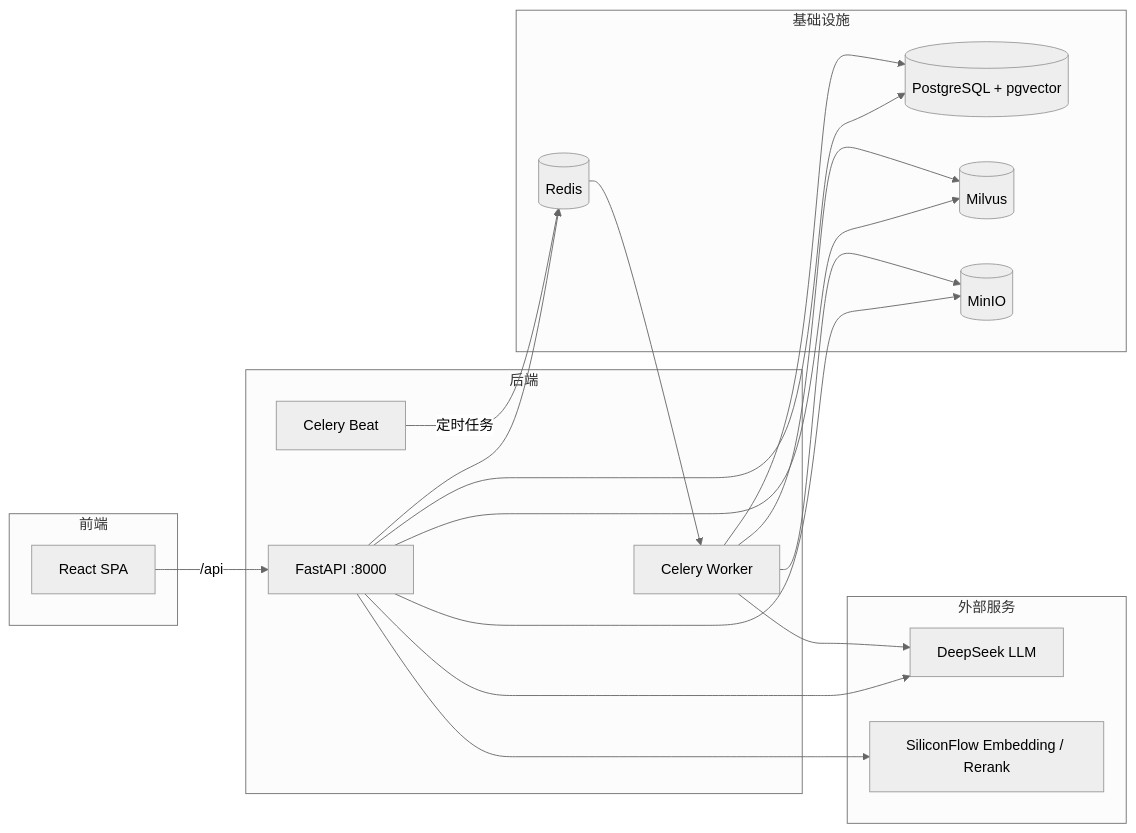
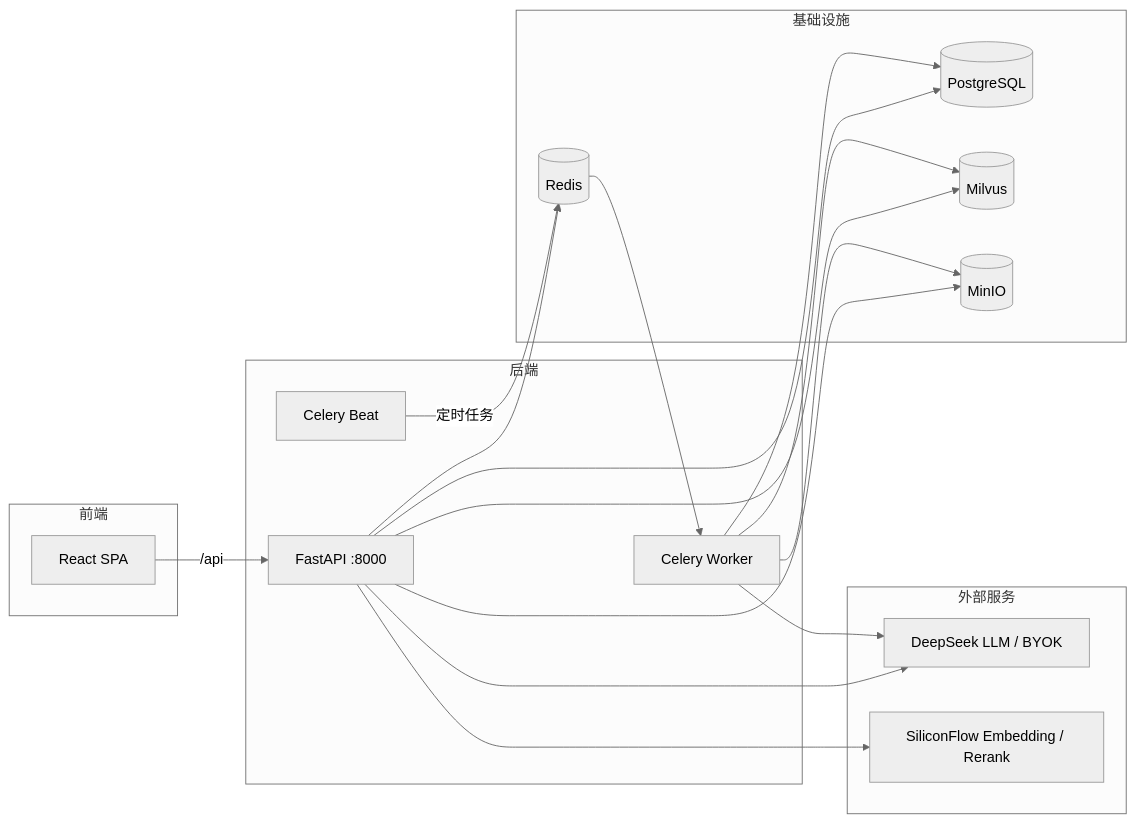
Before and after one commit to tenntsitinn/KB-Prototype-Project: the diagram in README.md, drawn with Mermaid (neutral theme). The commit also changed other lines of this file, not shown here.

````diff
--- a/README.md
+++ b/README.md
@@ -29,28 +41,28 @@
 ```mermaid
 flowchart LR
     subgraph 前端
         FE[React SPA]
     end
     subgraph 后端
         API[FastAPI :8000]
         WORKER[Celery Worker]
         BEAT[Celery Beat]
     end
     subgraph 基础设施
-        PG[(PostgreSQL + pgvector)]
+        PG[(PostgreSQL)]
         MIL[(Milvus)]
         MINIO[(MinIO)]
         REDIS[(Redis)]
     end
     subgraph 外部服务
-        LLM[DeepSeek LLM]
+        LLM[DeepSeek LLM / BYOK]
         EMB[SiliconFlow Embedding / Rerank]
     end
 
     FE -->|/api| API
     API --> PG & MIL & MINIO & REDIS
     API --> LLM & EMB
     REDIS --> WORKER --> PG & MIL & MINIO
     BEAT -->|定时任务| REDIS
     WORKER --> LLM
 ```
````
